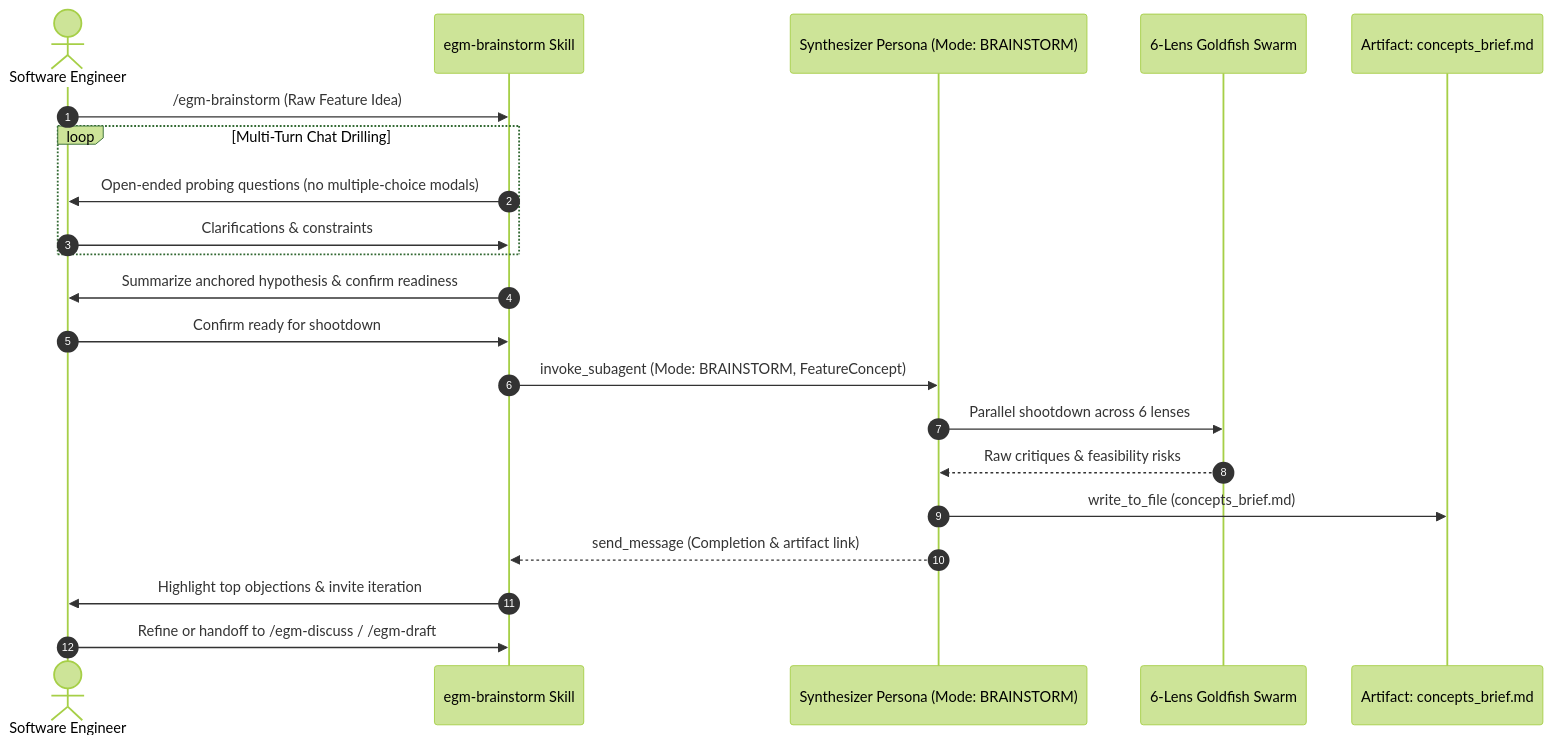
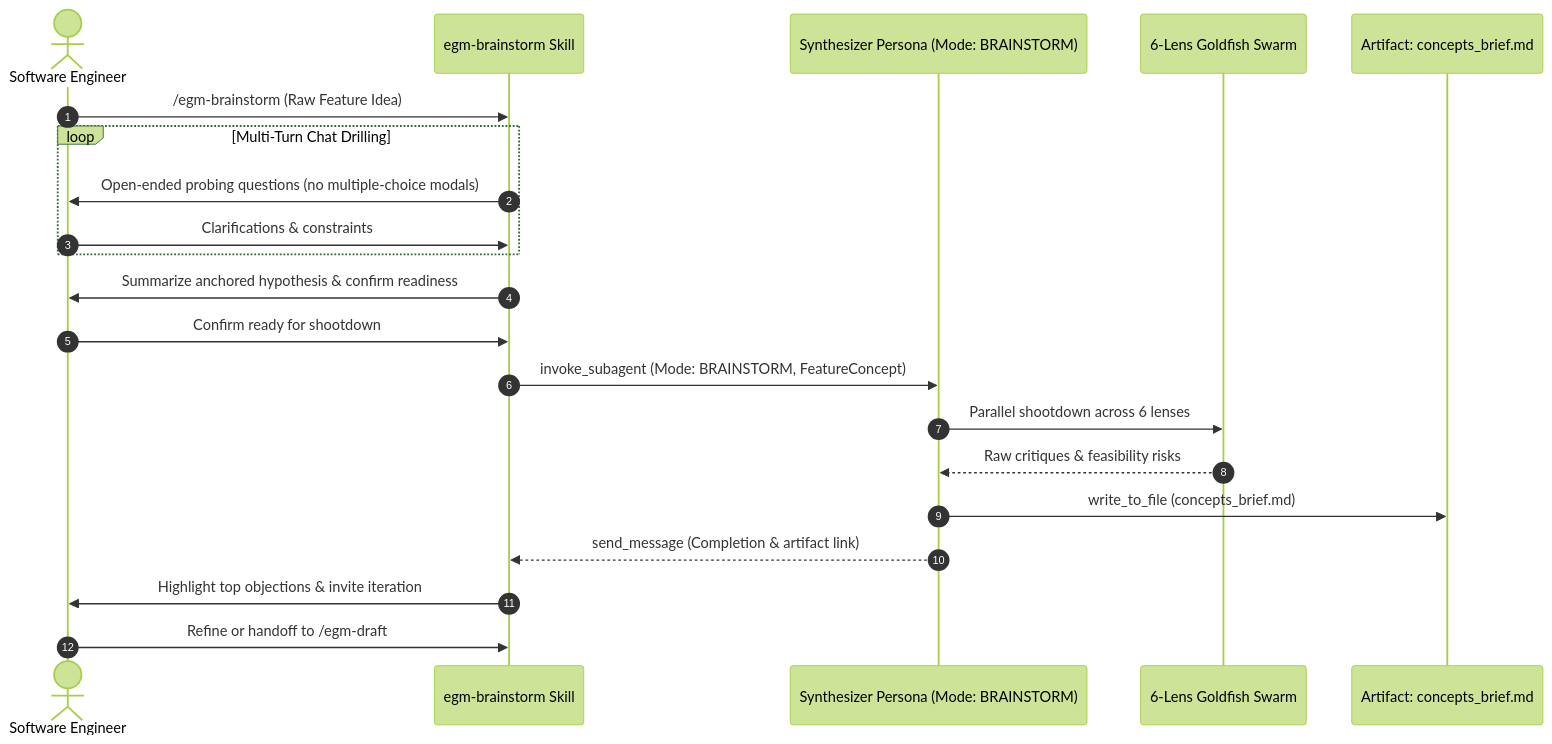
One commit to GreyCatVP/elephant-goldfish-model changed the diagram in docs/designs/brainstorm.md. Above: the diagram before and after it, drawn with Mermaid (forest theme). The commit also changed other lines of this file and 11 other files, not shown here.

Commit message:
feat(skills): delete egm-discuss skill and update workflow references

````diff
--- a/docs/designs/brainstorm.md
+++ b/docs/designs/brainstorm.md
@@ -46,24 +46,24 @@
 ```mermaid
 sequenceDiagram
     autonumber
     actor Human as Software Engineer
     participant Brainstorm as egm-brainstorm Skill
     participant Synth as Synthesizer Persona (Mode: BRAINSTORM)
     participant Swarm as 6-Lens Goldfish Swarm
     participant Artifact as Artifact: concepts_brief.md
 
     Human->>Brainstorm: /egm-brainstorm (Raw Feature Idea)
     loop Multi-Turn Chat Drilling
         Brainstorm->>Human: Open-ended probing questions (no multiple-choice modals)
         Human->>Brainstorm: Clarifications & constraints
     end
     Brainstorm->>Human: Summarize anchored hypothesis & confirm readiness
     Human->>Brainstorm: Confirm ready for shootdown
     Brainstorm->>Synth: invoke_subagent (Mode: BRAINSTORM, FeatureConcept)
     Synth->>Swarm: Parallel shootdown across 6 lenses
     Swarm-->>Synth: Raw critiques & feasibility risks
     Synth->>Artifact: write_to_file (concepts_brief.md)
     Synth-->>Brainstorm: send_message (Completion & artifact link)
     Brainstorm->>Human: Highlight top objections & invite iteration
-    Human->>Brainstorm: Refine or handoff to /egm-discuss / /egm-draft
+    Human->>Brainstorm: Refine or handoff to /egm-draft
 ```
````
